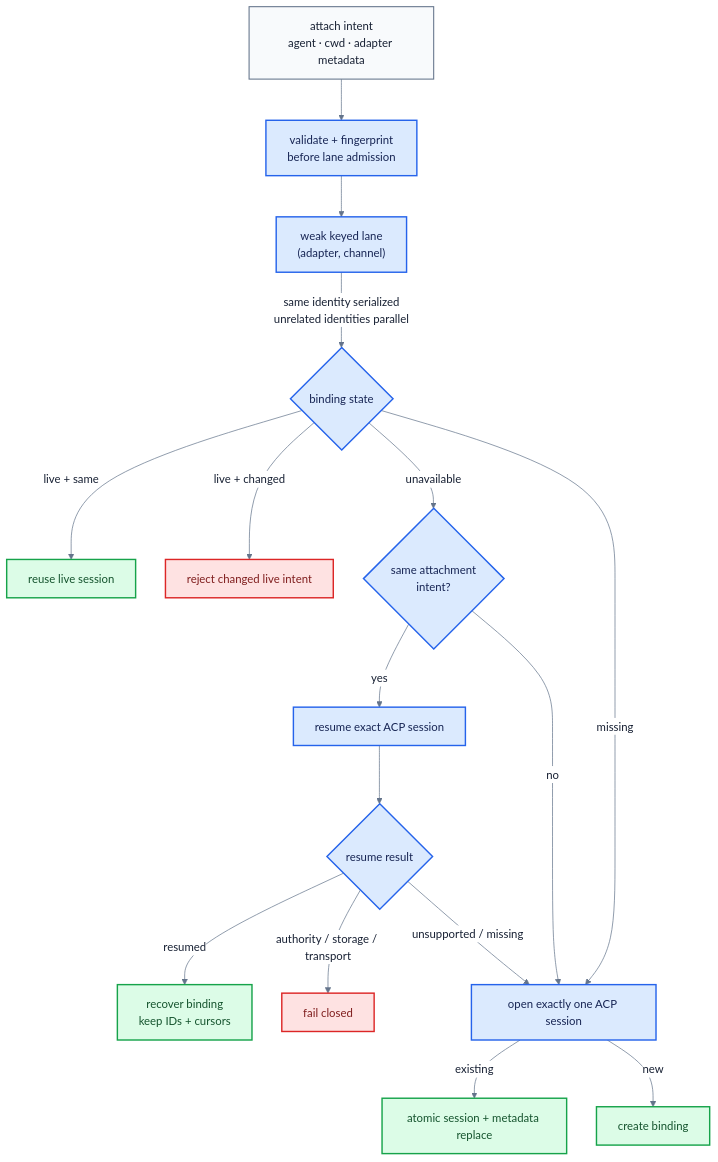
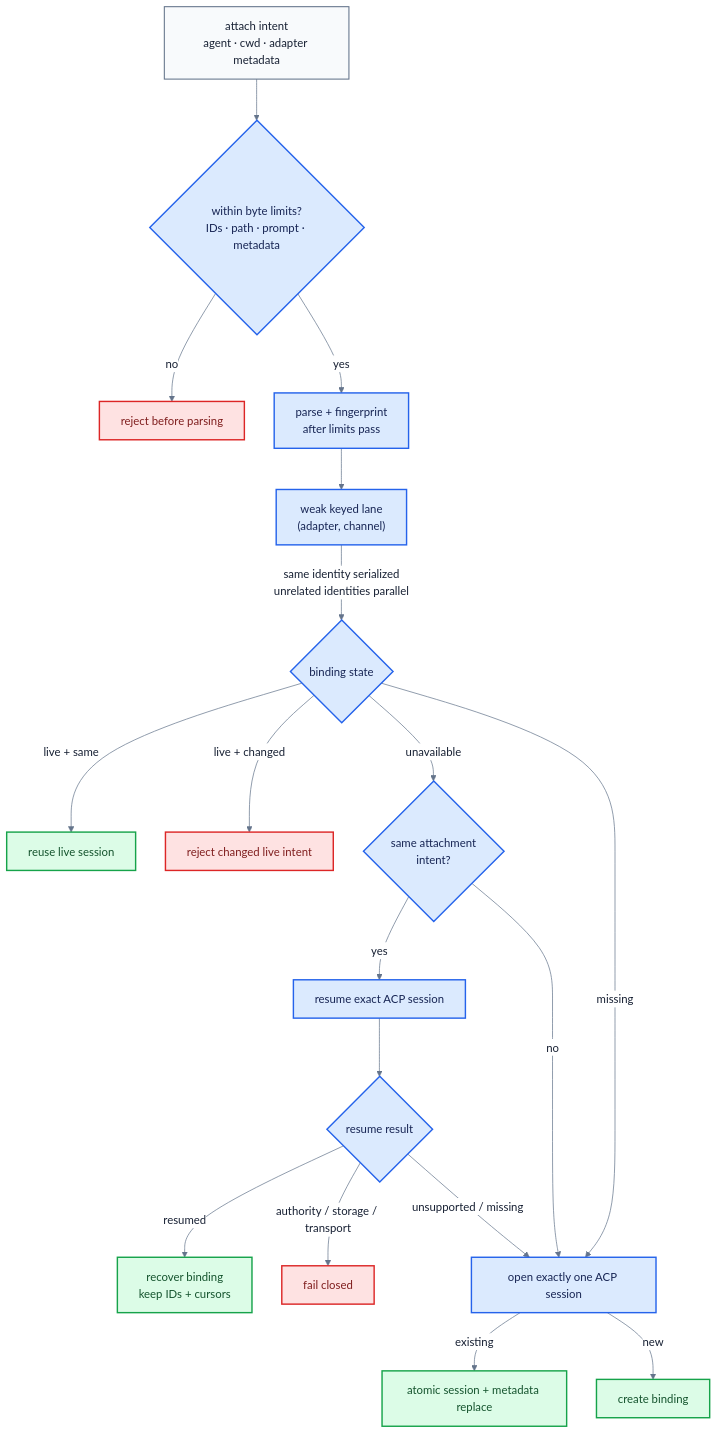
One commit to fontanierh/crab changed the diagram in v2/docs/channel-gateway-flow.mmd. Above: the diagram before and after it, drawn with Mermaid. The commit also changed 3 other files, not shown here.

```diff
--- a/v2/docs/channel-gateway-flow.mmd
+++ b/v2/docs/channel-gateway-flow.mmd
@@ -1,40 +1,44 @@
 %%{init: {"theme": "base", "themeVariables": {"fontFamily": "ui-sans-serif, system-ui, sans-serif", "primaryTextColor": "#172033", "lineColor": "#64748b", "edgeLabelBackground": "#ffffff"}, "flowchart": {"curve": "basis", "nodeSpacing": 42, "rankSpacing": 58}}}%%
 flowchart TB
     REQUEST["attach intent<br/>agent · cwd · adapter metadata"]
-    VALIDATE["validate + fingerprint<br/>before lane admission"]
+    ADMIT{"within byte limits?<br/>IDs · path · prompt · metadata"}
+    REJECT["reject before parsing"]
+    VALIDATE["parse + fingerprint<br/>after limits pass"]
     LANE["weak keyed lane<br/>(adapter, channel)"]
     FIND{"binding state"}
     REUSE["reuse live session"]
     CONFLICT["reject changed live intent"]
     SAME{"same attachment<br/>intent?"}
     RESUME["resume exact ACP session"]
     RECOVER["recover binding<br/>keep IDs + cursors"]
     FALLBACK{"resume result"}
     FAIL["fail closed"]
     OPEN["open exactly one ACP session"]
     REPLACE["atomic session + metadata replace"]
     BIND["create binding"]
 
-    REQUEST --> VALIDATE --> LANE
+    REQUEST --> ADMIT
+    ADMIT -->|"yes"| VALIDATE --> LANE
+    ADMIT -->|"no"| REJECT
     LANE -->|"same identity serialized<br/>unrelated identities parallel"| FIND
     FIND -->|"live + same"| REUSE
     FIND -->|"live + changed"| CONFLICT
     FIND -->|"unavailable"| SAME
     FIND -->|"missing"| OPEN
     SAME -->|"yes"| RESUME
     SAME -->|"no"| OPEN
     RESUME --> FALLBACK
     FALLBACK -->|"resumed"| RECOVER
     FALLBACK -->|"unsupported / missing"| OPEN
     FALLBACK -->|"authority / storage / transport"| FAIL
     OPEN -->|"existing"| REPLACE
     OPEN -->|"new"| BIND
 
     classDef request fill:#f8fafc,stroke:#64748b,stroke-width:1.5px,color:#172033;
     classDef safe fill:#dcfce7,stroke:#16a34a,stroke-width:2px,color:#14532d;
     classDef runtime fill:#dbeafe,stroke:#2563eb,stroke-width:2px,color:#172554;
     classDef conflict fill:#fee2e2,stroke:#dc2626,stroke-width:2px,color:#7f1d1d;
     class REQUEST request;
     class REUSE,RECOVER,REPLACE,BIND safe;
-    class VALIDATE,LANE,FIND,SAME,RESUME,FALLBACK,OPEN runtime;
-    class CONFLICT,FAIL conflict;
+    class ADMIT,VALIDATE,LANE,FIND,SAME,RESUME,FALLBACK,OPEN runtime;
+    class REJECT,CONFLICT,FAIL conflict;
```
